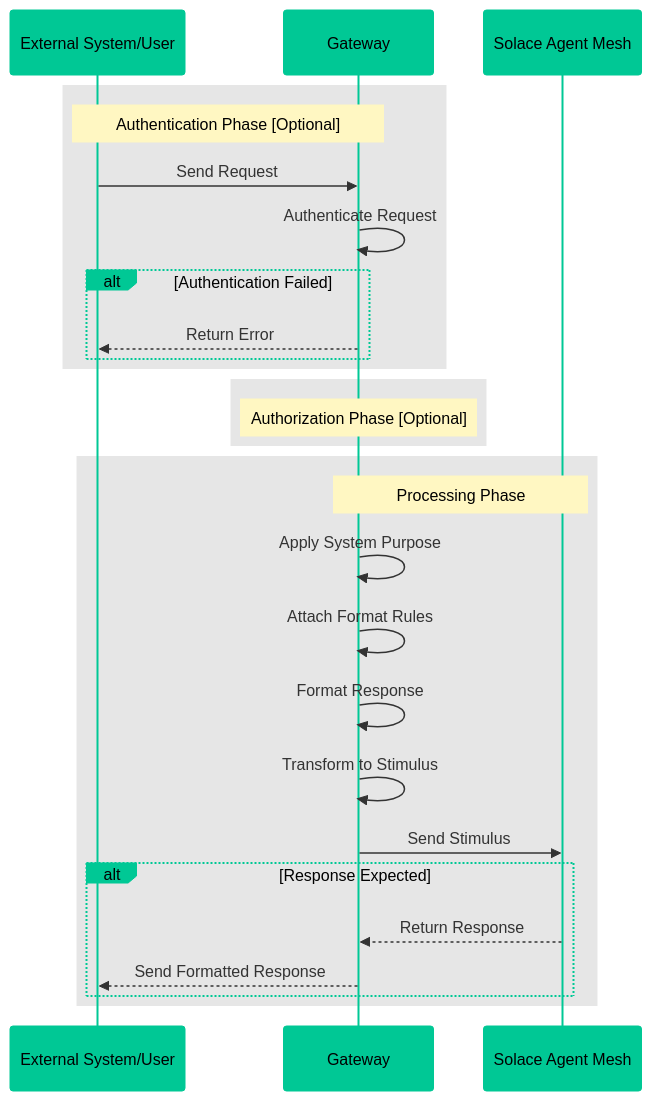
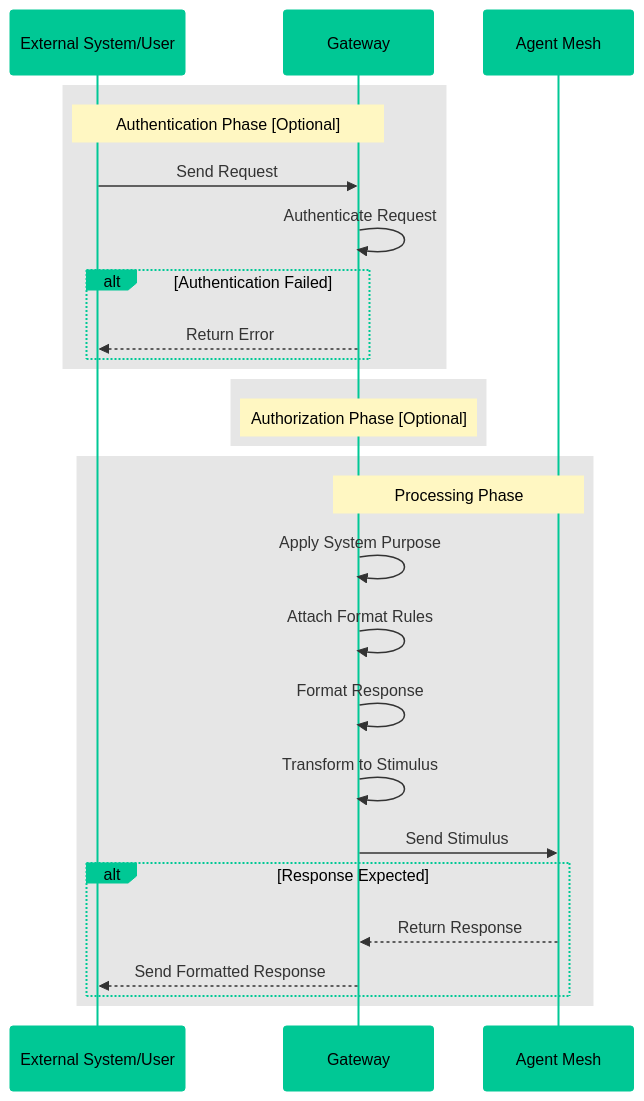
Before and after one commit to SolaceLabs/solace-agent-mesh: the diagram in docs/docs/documentation/components/gateways.md, drawn with Mermaid. The commit also changed other lines of this file and 36 other files, not shown here.

````diff
--- a/docs/docs/documentation/components/gateways.md
+++ b/docs/docs/documentation/components/gateways.md
@@ -35,46 +35,46 @@
 ```mermaid
 sequenceDiagram
     participant External as External System/User
     participant Gateway
-    participant Mesh as Solace Agent Mesh
+    participant Mesh as Agent Mesh
 
     rect rgba(128, 128, 128, 0.2)
         Note over External,Gateway: Authentication Phase [Optional]
         External->>Gateway: Send Request
         Gateway->> Gateway: Authenticate Request
         alt Authentication Failed
             Gateway-->>External: Return Error
         end
     end
 
     rect rgba(128, 128, 128, 0.2)
         Note over Gateway: Authorization Phase [Optional]
     end
 
     rect rgba(128, 128, 128, 0.2)
         Note over Gateway,Mesh: Processing Phase
         Gateway->>Gateway: Apply System Purpose
         Gateway->>Gateway: Attach Format Rules
         Gateway->>Gateway: Format Response
         Gateway->>Gateway: Transform to Stimulus
         Gateway->>Mesh: Send Stimulus
 
         alt Response Expected
             Mesh-->>Gateway: Return Response
             Gateway-->>External: Send Formatted Response
         end
     end
 
     %%{init: {
         'theme': 'base',
         'themeVariables': {
             'actorBkg': '#00C895',
             'actorBorder': '#00C895',
             'actorTextColor': '#000000',
             'noteBkgColor': '#FFF7C2',
             'noteTextColor': '#000000',
             'noteBorderColor': '#FFF7C2'
         }
     }}%%
 
 ```
````
